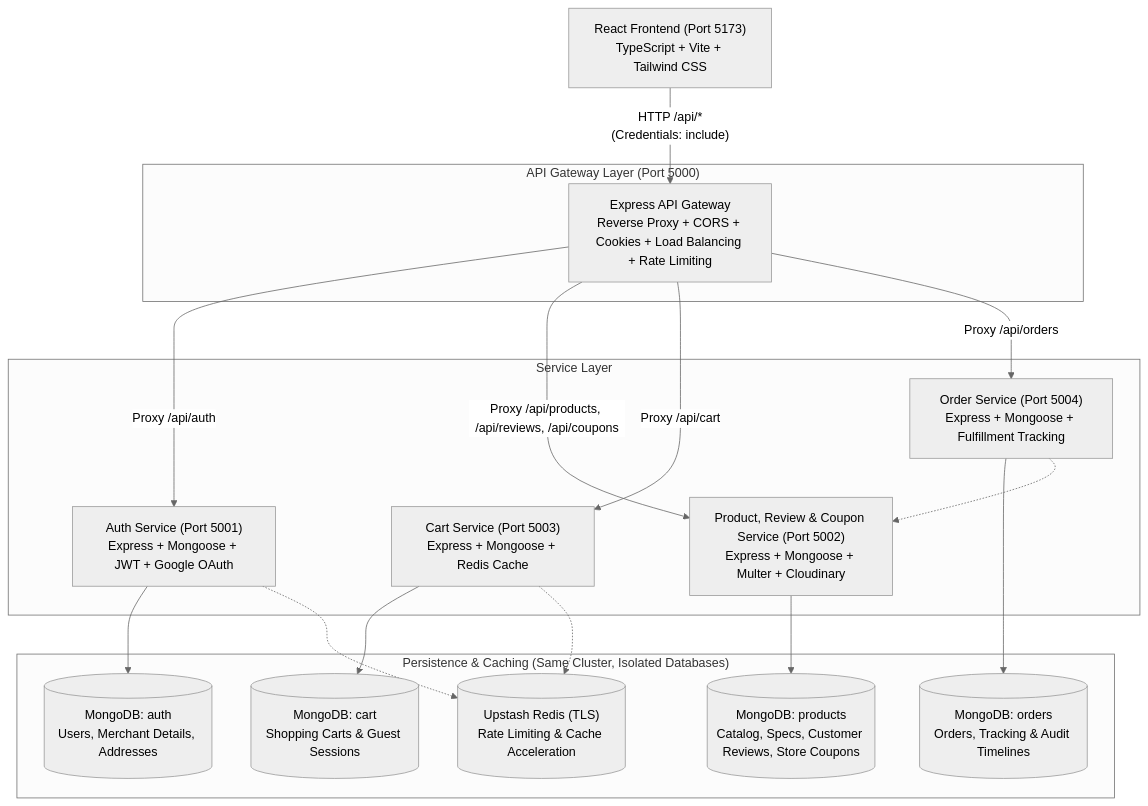
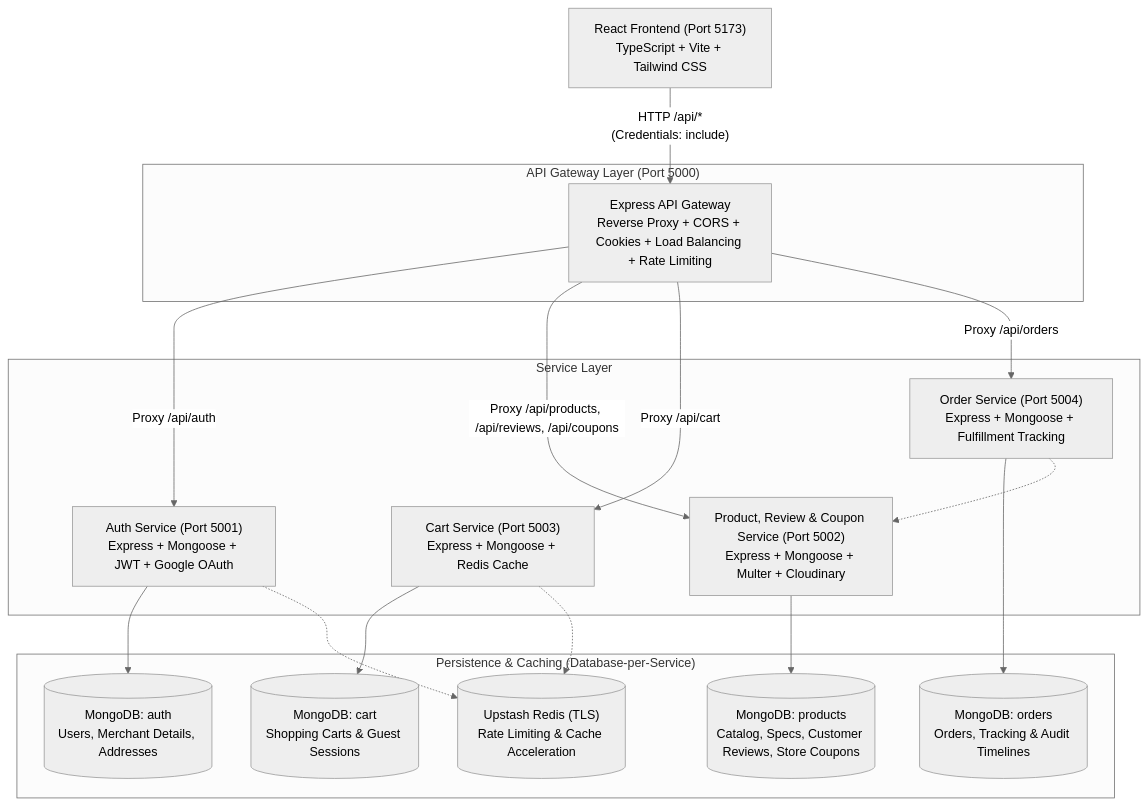
The first of 15 diagrams in README.md (Next-Gen-Coder-2007/E-Commerce), drawn with Mermaid (neutral theme) before and after one commit. The commit also changed other lines of this file, not shown here.

````diff
--- a/README.md
+++ b/README.md
@@ -24,37 +58,37 @@
 ```mermaid
 flowchart TD
     Client["React Frontend (Port 5173)\nTypeScript + Vite + Tailwind CSS"]
     
     subgraph GatewayLayer["API Gateway Layer (Port 5000)"]
         Gateway["Express API Gateway\nReverse Proxy + CORS + Cookies + Load Balancing + Rate Limiting"]
     end
 
     subgraph ServiceLayer["Service Layer"]
         AuthService["Auth Service (Port 5001)\nExpress + Mongoose + JWT + Google OAuth"]
         ProductService["Product, Review & Coupon Service (Port 5002)\nExpress + Mongoose + Multer + Cloudinary"]
         CartService["Cart Service (Port 5003)\nExpress + Mongoose + Redis Cache"]
         OrderService["Order Service (Port 5004)\nExpress + Mongoose + Fulfillment Tracking"]
     end
 
-    subgraph DataLayer["Persistence & Caching (Same Cluster, Isolated Databases)"]
+    subgraph DataLayer["Persistence & Caching (Database-per-Service)"]
         AuthDB[("MongoDB: auth\nUsers, Merchant Details, Addresses")]
         ProductDB[("MongoDB: products\nCatalog, Specs, Customer Reviews, Store Coupons")]
         CartDB[("MongoDB: cart\nShopping Carts & Guest Sessions")]
         OrderDB[("MongoDB: orders\nOrders, Tracking & Audit Timelines")]
         Redis[("Upstash Redis (TLS)\nRate Limiting & Cache Acceleration")]
     end
 
     Client -- "HTTP /api/*\n(Credentials: include)" --> Gateway
     Gateway -- "Proxy /api/auth" --> AuthService
     Gateway -- "Proxy /api/products, /api/reviews, /api/coupons" --> ProductService
     Gateway -- "Proxy /api/cart" --> CartService
     Gateway -- "Proxy /api/orders" --> OrderService
     
     AuthService --> AuthDB
     AuthService -.-> Redis
     ProductService --> ProductDB
     CartService --> CartDB
     CartService -.-> Redis
     OrderService --> OrderDB
     OrderService -.-> ProductService
 ```
````
